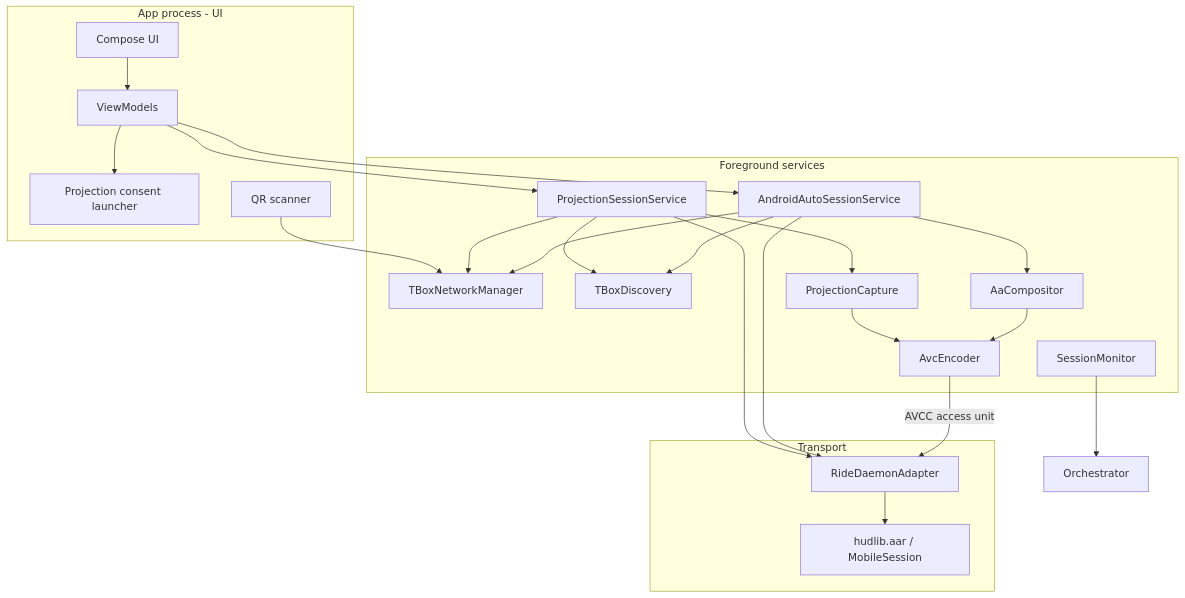
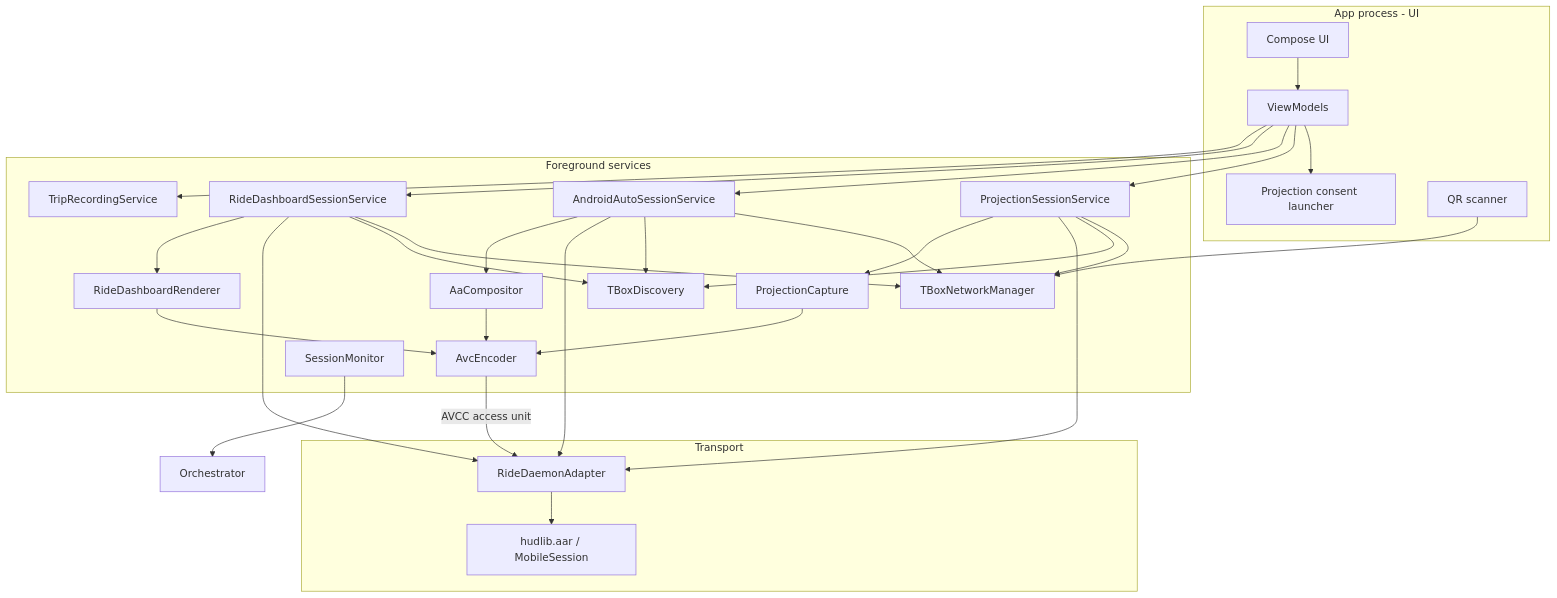
Before and after one commit to vincenzobpt/MOTO-HUB: the second of 4 diagrams in documentation/ARCHITECTURE.md, drawn with Mermaid. The commit also changed other lines of this file and 201 other files, not shown here.

````diff
--- a/documentation/ARCHITECTURE.md
+++ b/documentation/ARCHITECTURE.md
@@ -35,44 +38,54 @@
 ```mermaid
 flowchart TB
     subgraph UI["App process - UI"]
         Compose["Compose UI"]
         VM["ViewModels"]
         Consent["Projection consent launcher"]
         QR["QR scanner"]
     end
 
     subgraph Service["Foreground services"]
         Projection["ProjectionSessionService"]
         AndroidAuto["AndroidAutoSessionService"]
+        Dashboard["RideDashboardSessionService"]
+        Trips["TripRecordingService"]
         Network["TBoxNetworkManager"]
         Discovery["TBoxDiscovery"]
         Capture["ProjectionCapture"]
         Compositor["AaCompositor"]
+        DashboardRenderer["RideDashboardRenderer"]
         Encoder["AvcEncoder"]
         Monitor["SessionMonitor"]
     end
 
     subgraph Native["Transport"]
         Adapter["RideDaemonAdapter"]
         AAR["hudlib.aar / MobileSession"]
     end
 
     Compose --> VM
     VM --> Consent
     VM --> Projection
     VM --> AndroidAuto
+    VM --> Dashboard
+    VM --> Trips
     QR --> Network
     Projection --> Network
     AndroidAuto --> Network
+    Dashboard --> Network
     Projection --> Discovery
     AndroidAuto --> Discovery
+    Dashboard --> Discovery
     Projection --> Adapter
     AndroidAuto --> Adapter
+    Dashboard --> Adapter
     Projection --> Capture
     AndroidAuto --> Compositor
+    Dashboard --> DashboardRenderer
     Capture --> Encoder
     Compositor --> Encoder
+    DashboardRenderer --> Encoder
     Encoder -->|"AVCC access unit"| Adapter
     Adapter --> AAR
     Monitor --> Orchestrator
 ```
````
